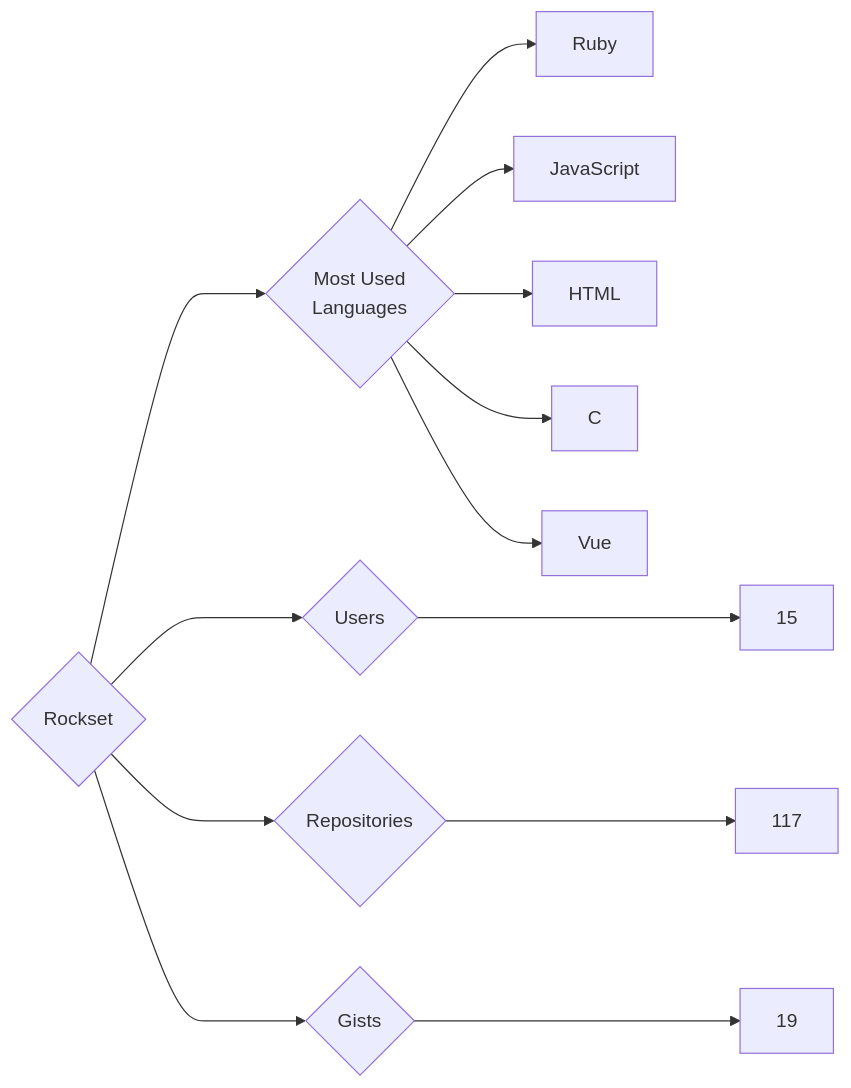
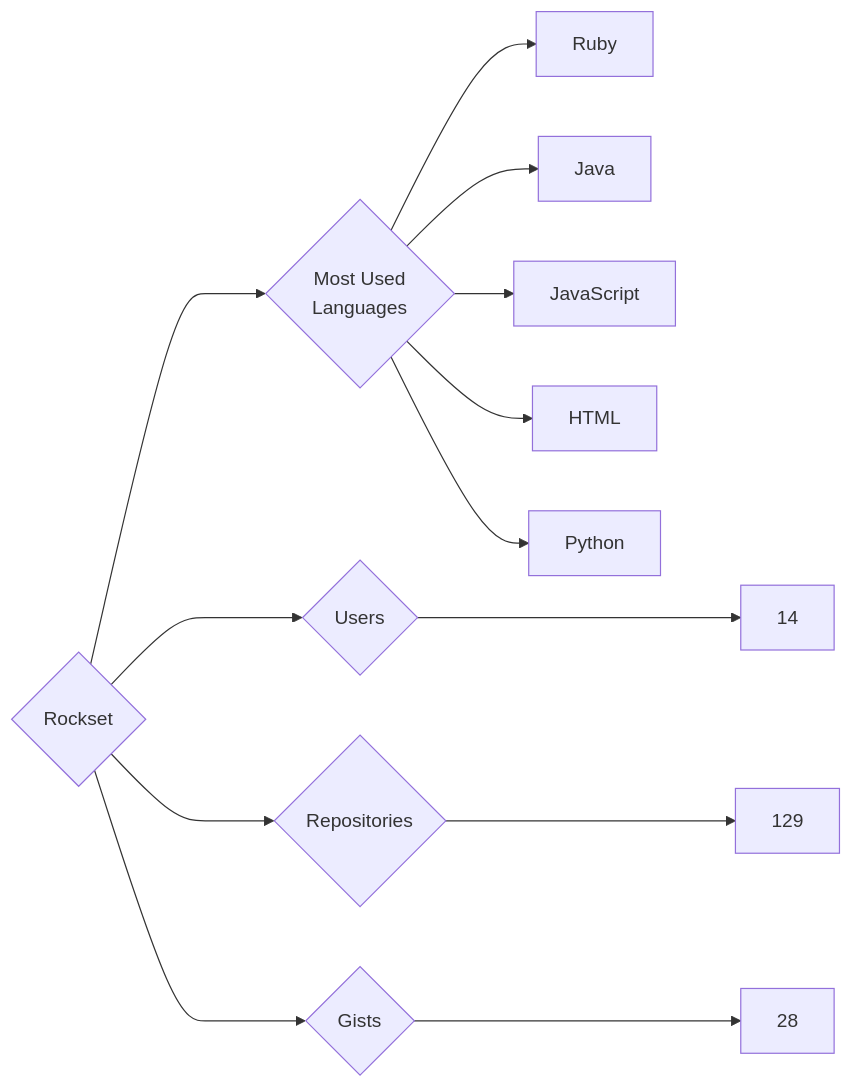
One commit to trickest/insiders changed the diagram in targets/Rockset/README.md. Above: the diagram before and after it, drawn with Mermaid. The commit also changed 953 other files, not shown here.

````diff
--- a/targets/Rockset/README.md
+++ b/targets/Rockset/README.md
@@ -3,13 +3,13 @@
 ```mermaid
 graph LR
 COMPANY_NAME{Rockset}
-COMPANY_NAME ---> U{Users} ---> UN[15]
-COMPANY_NAME ---> R{Repositories} ---> RN[117]
-COMPANY_NAME ---> G{Gists} ---> GN[19]
+COMPANY_NAME ---> U{Users} ---> UN[14]
+COMPANY_NAME ---> R{Repositories} ---> RN[129]
+COMPANY_NAME ---> G{Gists} ---> GN[28]
 COMPANY_NAME ---> ML{Most Used<br>Languages}
 ML --> Ruby[Ruby]
+ML --> Java[Java]
 ML --> JavaScript[JavaScript]
 ML --> HTML[HTML]
-ML --> C[C]
-ML --> Vue[Vue]
+ML --> Python[Python]
 ```
````
